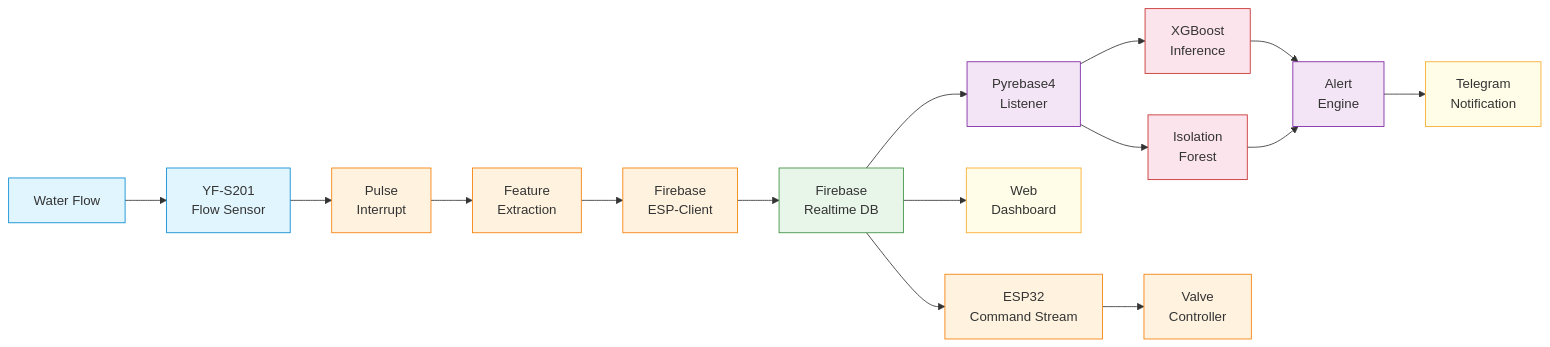
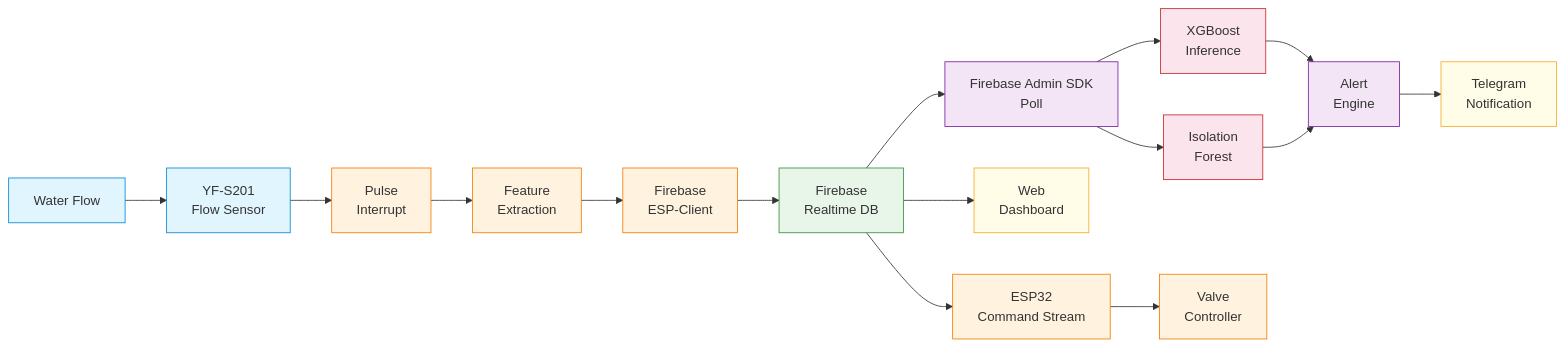
Before and after one commit to qppd/wmldad: the eighth of 8 diagrams in docs/flowchart.md, drawn with Mermaid. The commit also changed other lines of this file and 13 other files, not shown here.

````diff
--- a/docs/flowchart.md
+++ b/docs/flowchart.md
@@ -267,24 +267,24 @@
 ```mermaid
 flowchart LR
     A[ Water Flow]:::physical --> B[ YF-S201<br/>Flow Sensor]:::physical
     B --> C[ Pulse<br/>Interrupt]:::firmware
     C --> D[ Feature<br/>Extraction]:::firmware
     D --> E[ Firebase<br/>ESP-Client]:::firmware
     E --> F[ Firebase<br/>Realtime DB]:::cloud
-    F --> G[ Pyrebase4<br/>Listener]:::backend
+    F --> G[ Firebase Admin SDK<br/>Poll]:::backend
     G --> H[ XGBoost<br/>Inference]:::ml
     G --> I[ Isolation<br/>Forest]:::ml
     H --> J[ Alert<br/>Engine]:::backend
     I --> J
     J --> K[ Telegram<br/>Notification]:::user
     F --> L[ Web<br/>Dashboard]:::user
     F --> M[ ESP32<br/>Command Stream]:::firmware
     M --> N[ Valve<br/>Controller]:::firmware
     
     classDef physical fill:#e1f5fe,stroke:#0288d1
     classDef firmware fill:#fff3e0,stroke:#f57c00
     classDef cloud fill:#e8f5e9,stroke:#388e3c
     classDef backend fill:#f3e5f5,stroke:#7b1fa2
     classDef ml fill:#fce4ec,stroke:#c62828
     classDef user fill:#fffde7,stroke:#f9a825
 ```
````
